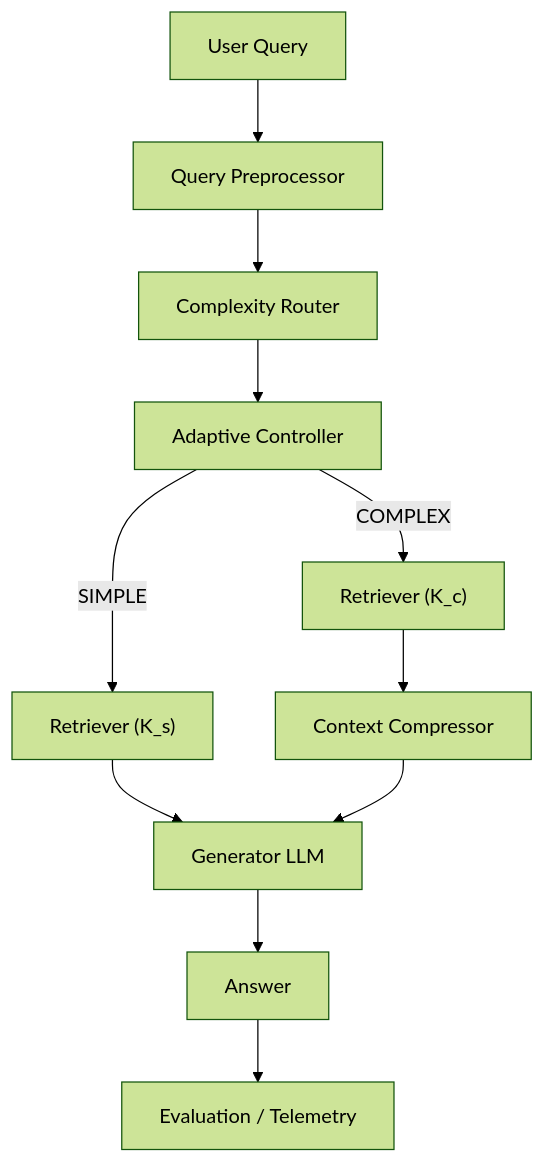
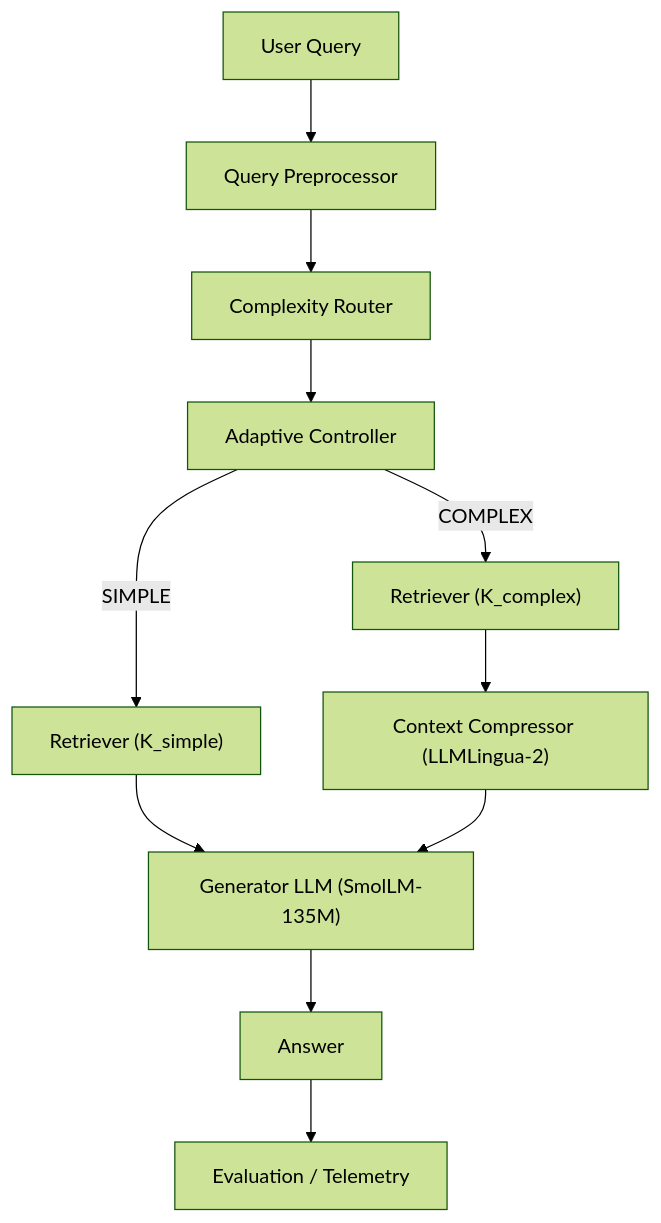
The diagram in docs/architecture.md (aniruddh-batwal07/adaptive-rag-query-aware-retrieval), drawn with Mermaid (forest theme) before and after one commit. The commit also changed other lines of this file and 1 other file, not shown here.

Commit message:
docs: refine architecture and development roadmap

````diff
--- a/docs/architecture.md
+++ b/docs/architecture.md
@@ -47,27 +46,27 @@
 ```mermaid
 flowchart TD
     Q["User Query"]
     PP["Query Preprocessor"]
     CR["Complexity Router"]
     AC["Adaptive Controller"]
-    RS["Retriever (K_s)"]
-    RC["Retriever (K_c)"]
-    CC["Context Compressor"]
-    GEN["Generator LLM"]
+    RS["Retriever (K_simple)"]
+    RC["Retriever (K_complex)"]
+    CC["Context Compressor (LLMLingua-2)"]
+    GEN["Generator LLM (SmolLM-135M)"]
     ANS["Answer"]
     TEL["Evaluation / Telemetry"]
 
     Q --> PP
     PP --> CR
     CR --> AC
 
     AC -->|SIMPLE| RS
     AC -->|COMPLEX| RC
 
     RS --> GEN
     RC --> CC
     CC --> GEN
 
     GEN --> ANS
     ANS --> TEL
 ```
````
